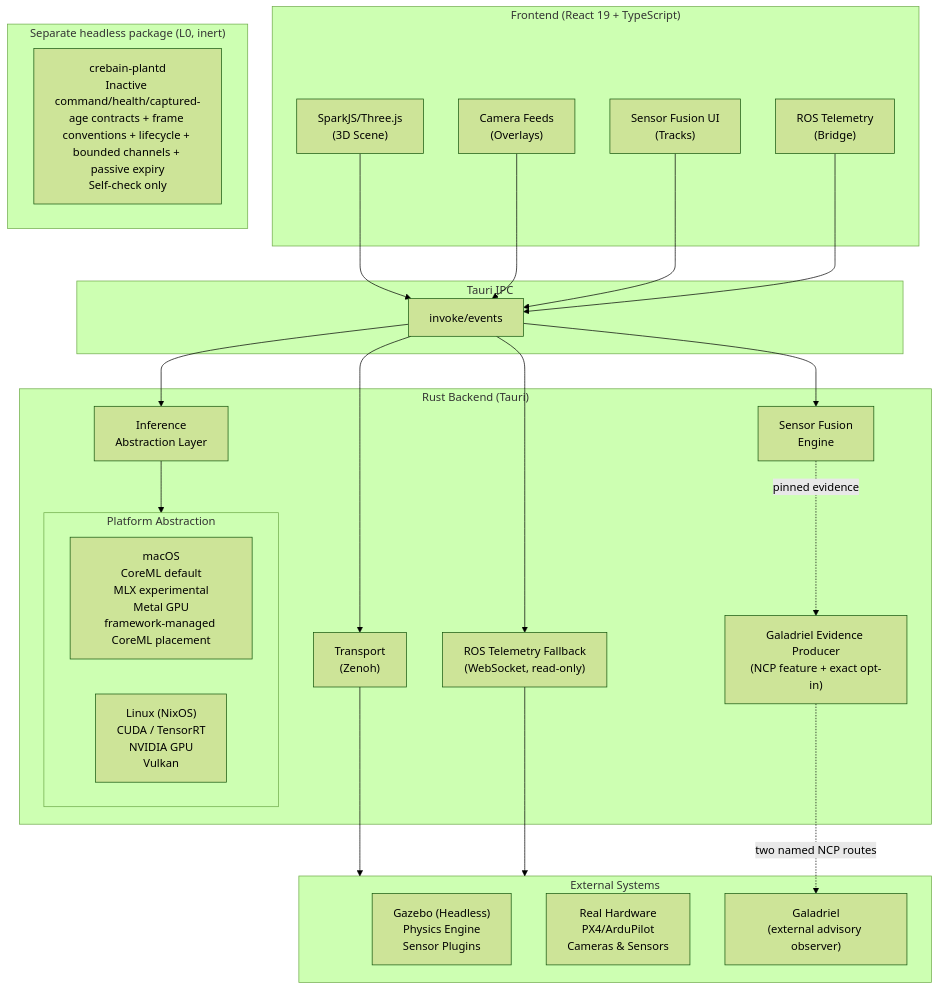
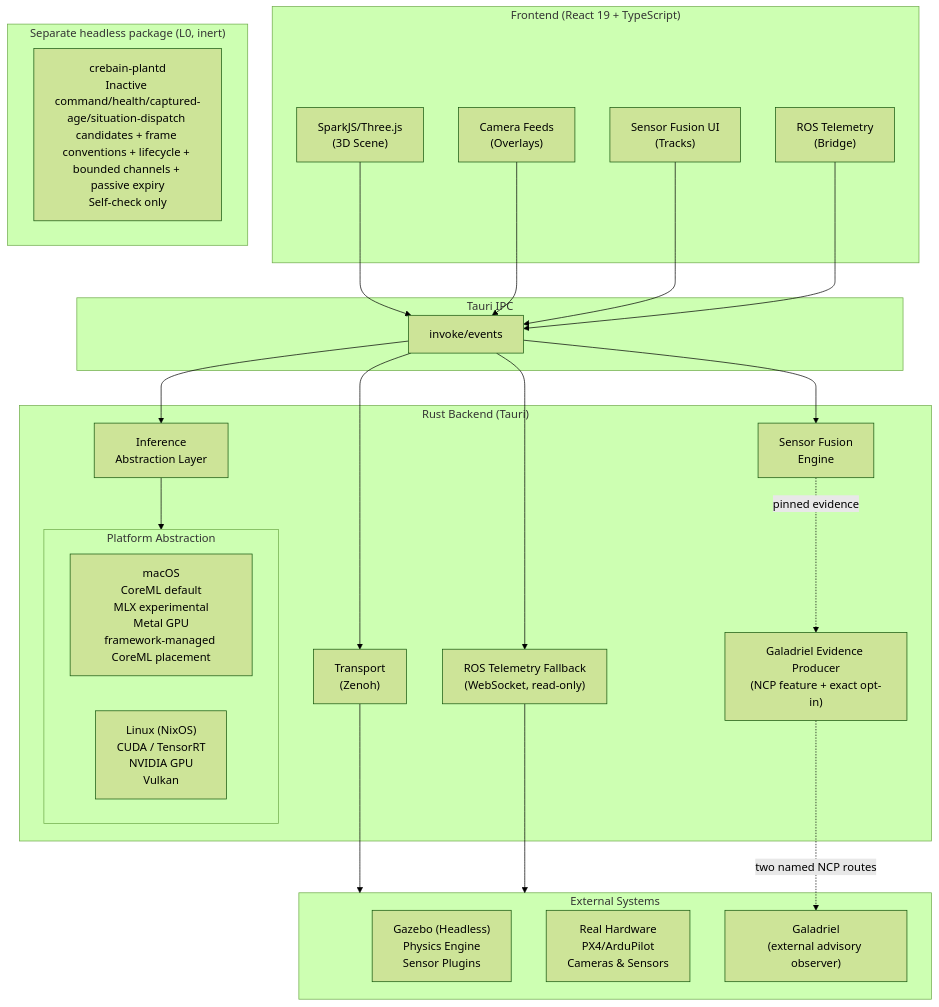
One commit to sepahead/crebain changed the first of 3 diagrams in docs/ARCHITECTURE.md. Above: the diagram before and after it, drawn with Mermaid (forest theme). The commit also changed other lines of this file and 21 other files, not shown here.

````diff
--- a/docs/ARCHITECTURE.md
+++ b/docs/ARCHITECTURE.md
@@ -11,53 +11,53 @@
 ```mermaid
 graph TB
     subgraph Frontend["Frontend (React 19 + TypeScript)"]
         ThreeJS["SparkJS/Three.js<br/>(3D Scene)"]
         CameraFeeds["Camera Feeds<br/>(Overlays)"]
         FusionUI["Sensor Fusion UI<br/>(Tracks)"]
         ROSControls["ROS Telemetry<br/>(Bridge)"]
     end
 
     subgraph IPC["Tauri IPC"]
         Invoke["invoke/events"]
     end
 
     subgraph Backend["Rust Backend (Tauri)"]
         Inference["Inference<br/>Abstraction Layer"]
         SensorFusion["Sensor Fusion<br/>Engine"]
         Zenoh["Transport<br/>(Zenoh)"]
         ROSBridge["ROS Telemetry Fallback<br/>(WebSocket, read-only)"]
         EvidenceProducer["Galadriel Evidence Producer<br/>(NCP feature + exact opt-in)"]
 
         subgraph Platform["Platform Abstraction"]
             macOS["macOS<br/>CoreML default<br/>MLX experimental<br/>Metal GPU<br/>framework-managed CoreML placement"]
             Linux["Linux (NixOS)<br/>CUDA / TensorRT<br/>NVIDIA GPU<br/>Vulkan"]
         end
     end
 
     subgraph PlantFoundation["Separate headless package (L0, inert)"]
-        Plantd["crebain-plantd<br/>Inactive command/health/captured-age contracts + frame conventions + lifecycle + bounded channels + passive expiry<br/>Self-check only"]
+        Plantd["crebain-plantd<br/>Inactive command/health/captured-age/situation-dispatch candidates + frame conventions + lifecycle + bounded channels + passive expiry<br/>Self-check only"]
     end
 
     subgraph External["External Systems"]
         Gazebo["Gazebo (Headless)<br/>Physics Engine<br/>Sensor Plugins"]
         Hardware["Real Hardware<br/>PX4/ArduPilot<br/>Cameras & Sensors"]
         Galadriel["Galadriel<br/>(external advisory observer)"]
     end
 
     ThreeJS --> Invoke
     CameraFeeds --> Invoke
     FusionUI --> Invoke
     ROSControls --> Invoke
 
     Invoke --> Inference
     Invoke --> SensorFusion
     Invoke --> Zenoh
     Invoke --> ROSBridge
     SensorFusion -. pinned evidence .-> EvidenceProducer
 
     Inference --> Platform
 
     Zenoh --> External
     ROSBridge --> External
     EvidenceProducer -. two named NCP routes .-> Galadriel
 ```
````
